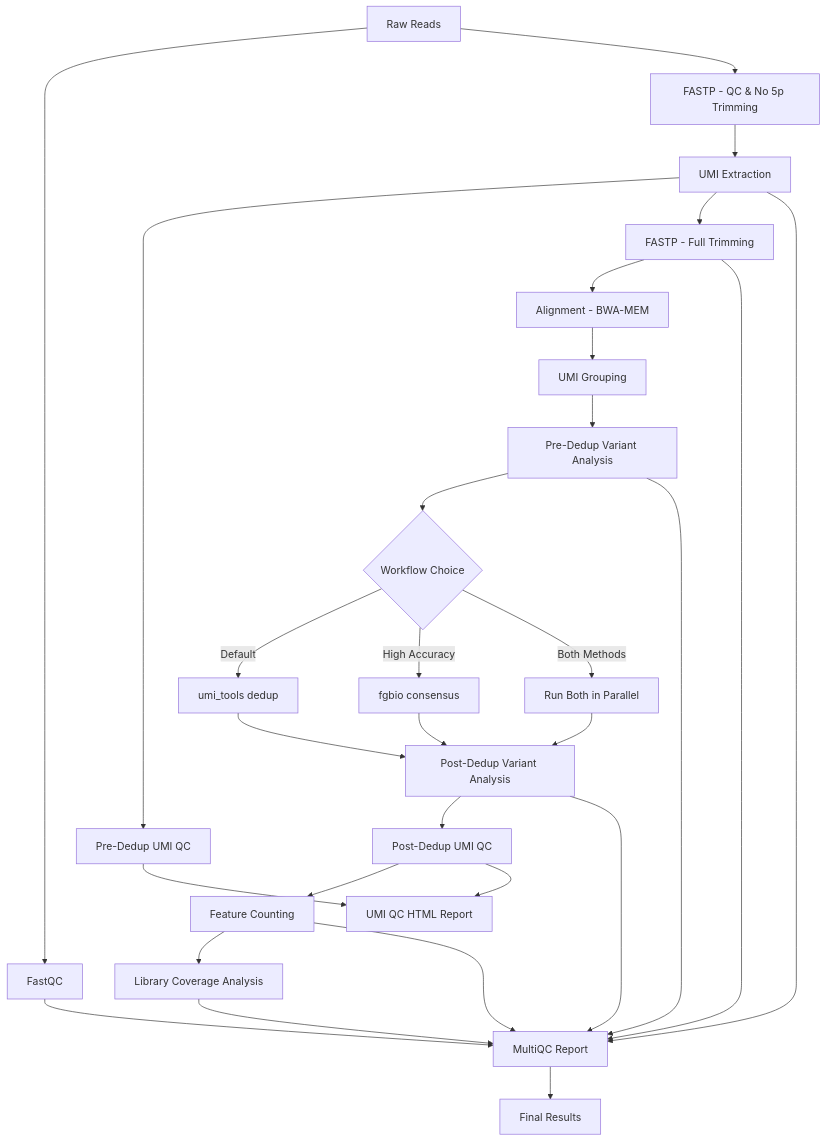
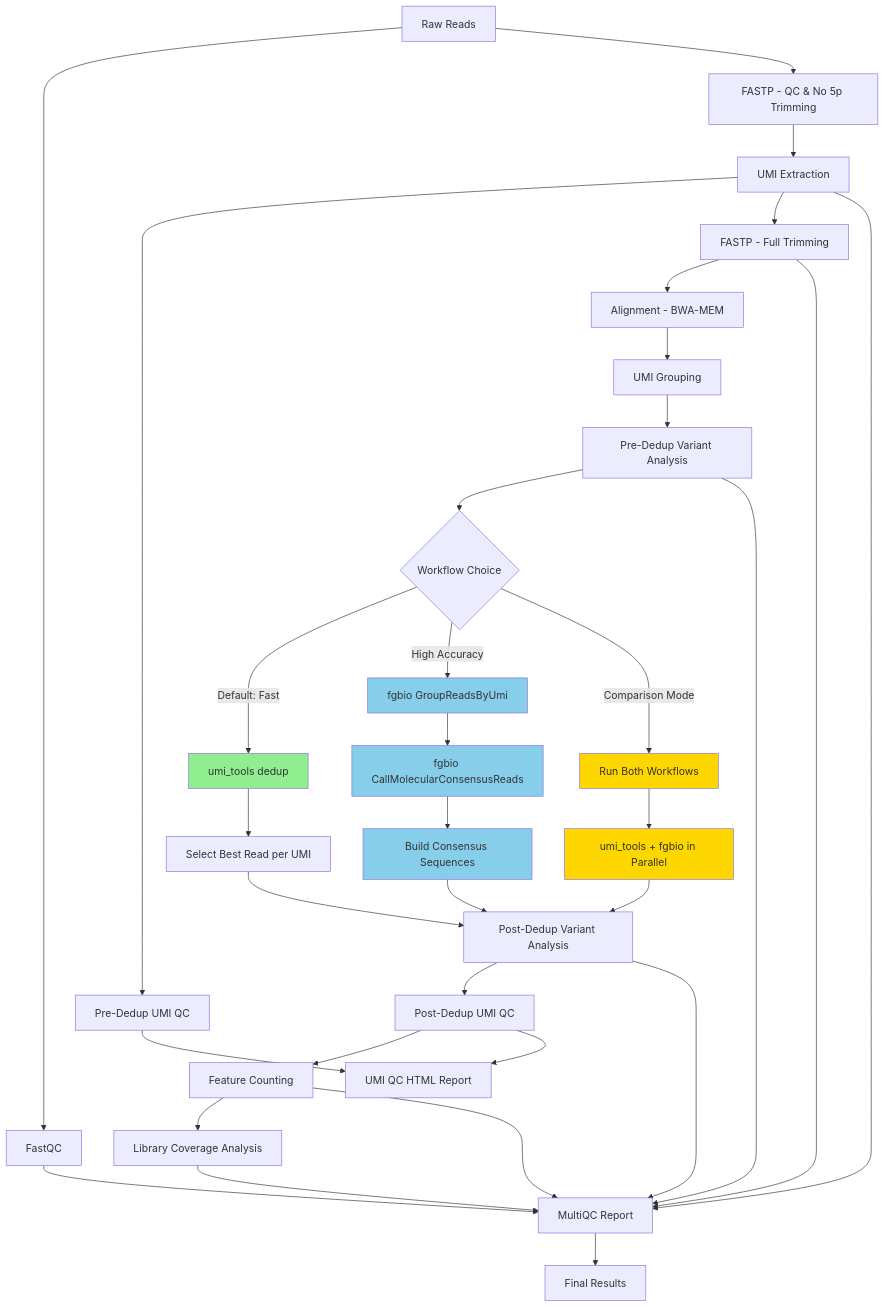
The diagram in README.md (mgl0619/umi_amplicon), drawn with Mermaid before and after one commit.

Commit message:
second update in pipeline overview

````diff
--- a/README.md
+++ b/README.md
@@ -231,37 +231,50 @@
 ```mermaid
 graph TD
     A[Raw Reads] --> B[FastQC]
     A --> C[FASTP - QC & No 5p Trimming]
     C --> D[UMI Extraction]
     D --> E[Pre-Dedup UMI QC]
     D --> F[FASTP - Full Trimming]
     F --> G[Alignment - BWA-MEM]
     G --> H[UMI Grouping]
     H --> I[Pre-Dedup Variant Analysis]
     
     I --> J{Workflow Choice}
-    J -->|Default| K[umi_tools dedup]
-    J -->|High Accuracy| L[fgbio consensus]
-    J -->|Both Methods| M[Run Both in Parallel]
     
-    K --> N[Post-Dedup Variant Analysis]
-    L --> N
-    M --> N
+    J -->|Default: Fast| K[umi_tools dedup]
+    K --> K1[Select Best Read per UMI]
+    K1 --> N[Post-Dedup Variant Analysis]
+    
+    J -->|High Accuracy| L[fgbio GroupReadsByUmi]
+    L --> L1[fgbio CallMolecularConsensusReads]
+    L1 --> L2[Build Consensus Sequences]
+    L2 --> N
+    
+    J -->|Comparison Mode| M[Run Both Workflows]
+    M --> M1[umi_tools + fgbio in Parallel]
+    M1 --> N
     
     N --> O[Post-Dedup UMI QC]
     O --> P[Feature Counting]
     P --> Q[Library Coverage Analysis]
     
     E --> R[UMI QC HTML Report]
     O --> R
     
     B --> S[MultiQC Report]
     D --> S
     F --> S
     I --> S
     N --> S
     P --> S
     Q --> S
     
     S --> T[Final Results]
+    
+    style K fill:#90EE90
+    style L fill:#87CEEB
+    style L1 fill:#87CEEB
+    style L2 fill:#87CEEB
+    style M fill:#FFD700
+    style M1 fill:#FFD700
 ```
````
